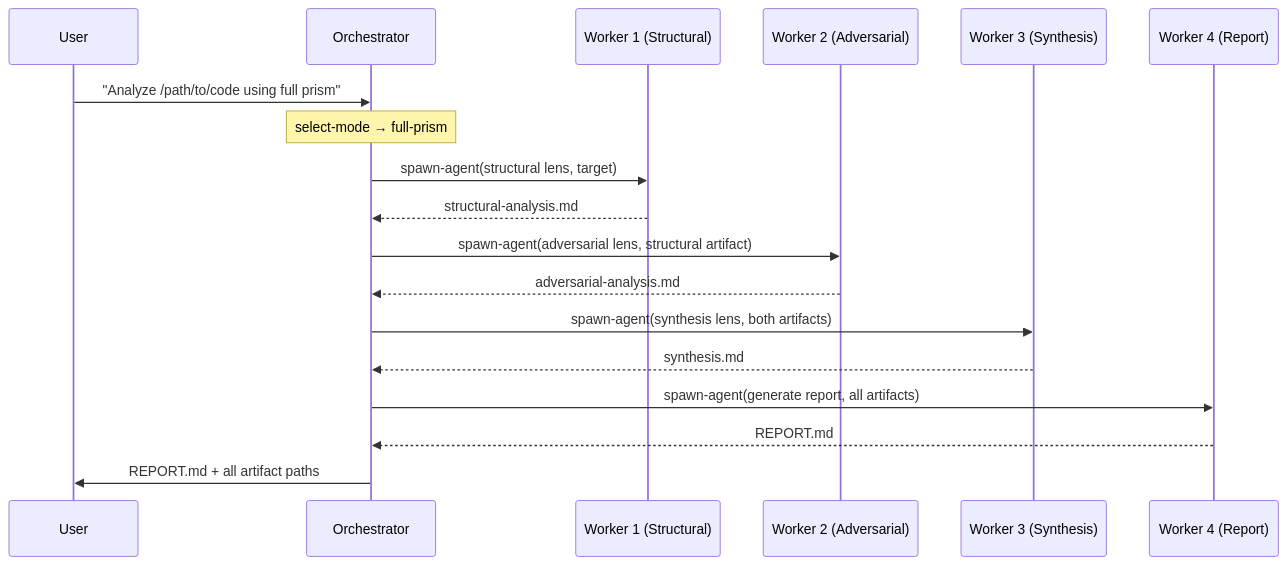
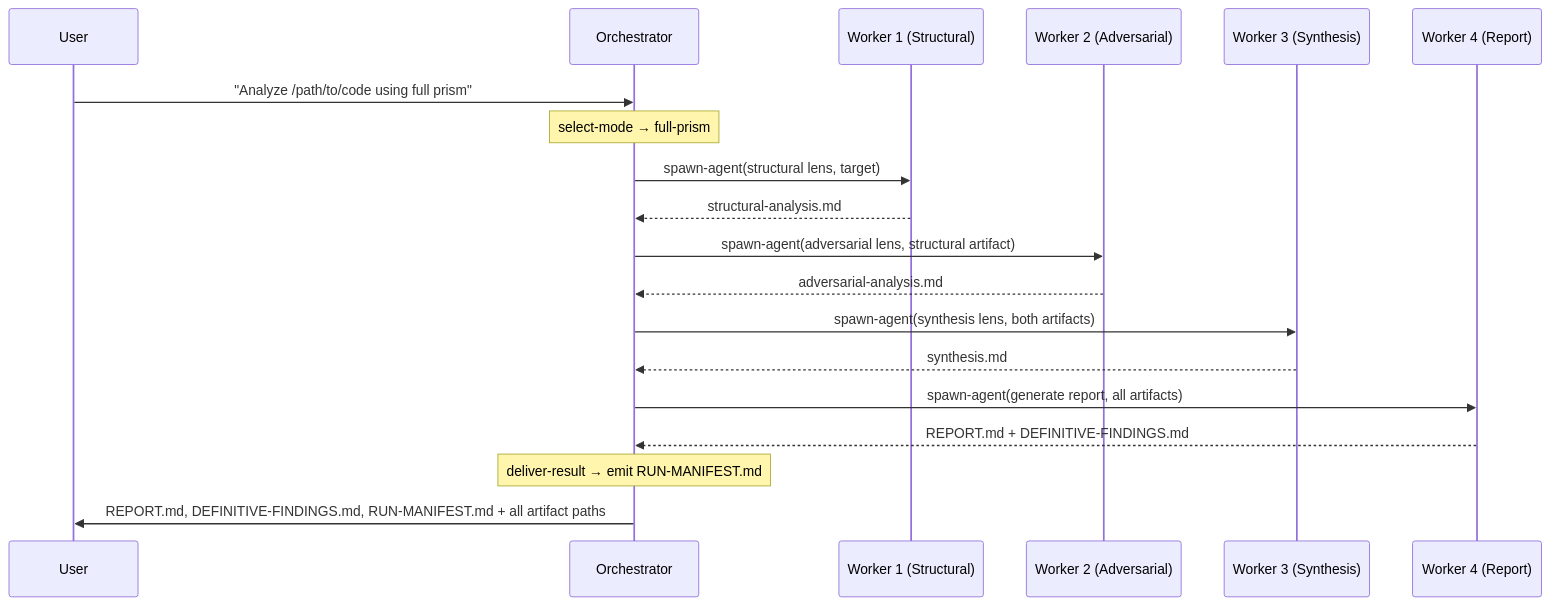
Before and after one commit to m2ux/workflow-server: the second of 2 diagrams in prism/README.md, drawn with Mermaid. The commit also changed other lines of this file and 50 other files, not shown here.

````diff
--- a/prism/README.md
+++ b/prism/README.md
@@ -262,26 +263,27 @@
 ```mermaid
 sequenceDiagram
     participant User
     participant Orch as Orchestrator
     participant W1 as Worker 1 (Structural)
     participant W2 as Worker 2 (Adversarial)
     participant W3 as Worker 3 (Synthesis)
     participant W4 as Worker 4 (Report)
 
     User->>Orch: "Analyze /path/to/code using full prism"
     Note over Orch: select-mode → full-prism
 
     Orch->>W1: spawn-agent(structural lens, target)
     W1-->>Orch: structural-analysis.md
 
     Orch->>W2: spawn-agent(adversarial lens, structural artifact)
     W2-->>Orch: adversarial-analysis.md
 
     Orch->>W3: spawn-agent(synthesis lens, both artifacts)
     W3-->>Orch: synthesis.md
 
     Orch->>W4: spawn-agent(generate report, all artifacts)
-    W4-->>Orch: REPORT.md
+    W4-->>Orch: REPORT.md + DEFINITIVE-FINDINGS.md
+    Note over Orch: deliver-result → emit RUN-MANIFEST.md
 
-    Orch->>User: REPORT.md + all artifact paths
+    Orch->>User: REPORT.md, DEFINITIVE-FINDINGS.md, RUN-MANIFEST.md + all artifact paths
 ```
````
